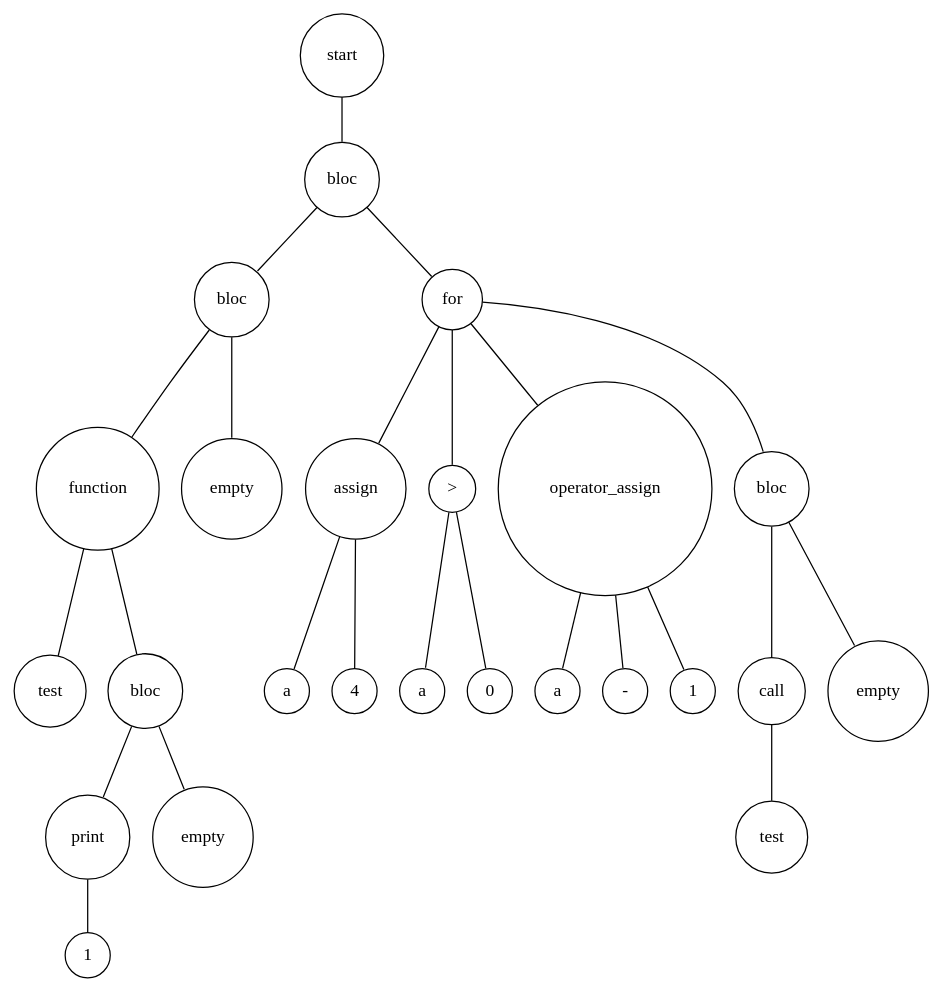
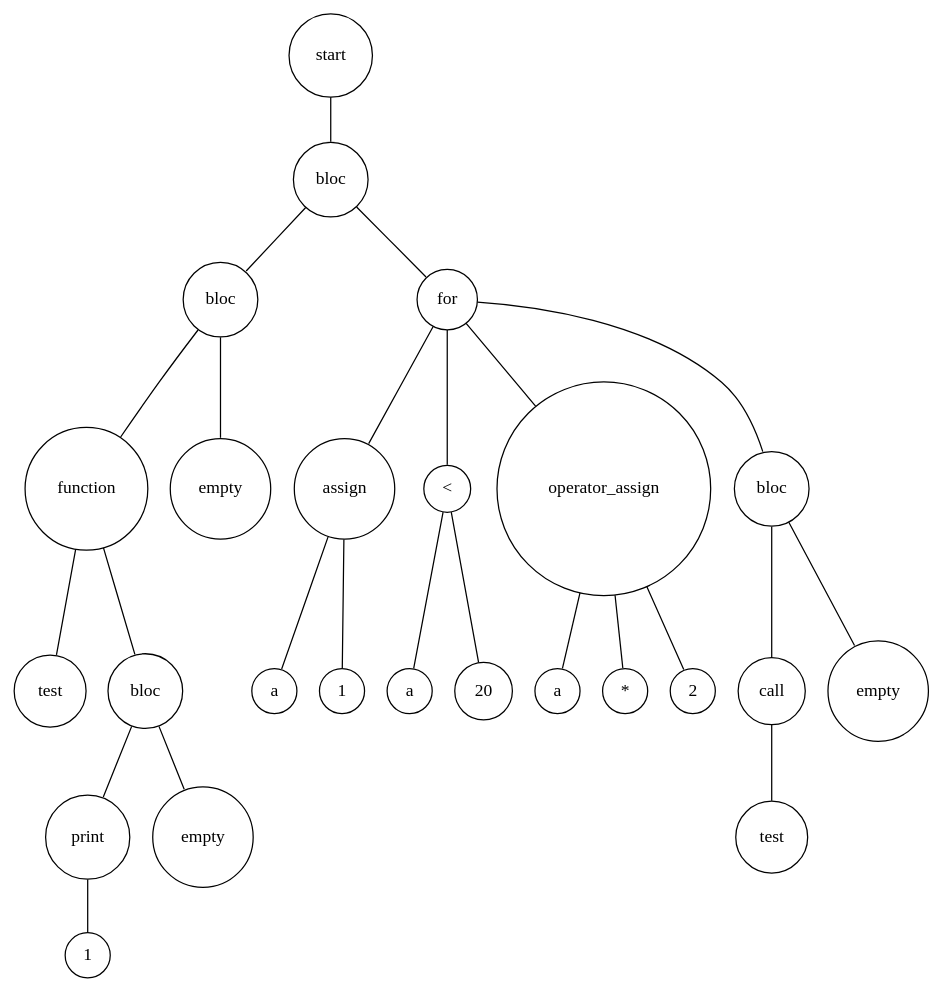
Before and after one commit to louisdrf/pyterpreter: the diagram in Digraph.gv, drawn with Graphviz. The commit also changed 2 other files, not shown here.

Commit message:
raise error when calling a non existing function

```diff
--- a/Digraph.gv
+++ b/Digraph.gv
@@ -1,52 +1,52 @@
 digraph {
 	node [shape=circle]
-	"73792dc8-b63f-423e-bf1f-11c3fc9f49cc" [label=start]
-	"2262a4ec-01c2-4c81-ad6b-e8247c3eba40" [label=bloc]
-	"034be1fc-00ea-4b0d-80f5-4ce3560e402c" [label=bloc]
-	"b562c87c-e36d-4aac-a7b6-6813b57d95ff" [label=function]
-	"c8120d4c-5f1a-43ac-8f7c-10230c0446d8" [label=test]
-	"b562c87c-e36d-4aac-a7b6-6813b57d95ff" -> "c8120d4c-5f1a-43ac-8f7c-10230c0446d8" [arrowsize=0]
-	"fb48ac23-c46b-4fe9-8ab6-febb1dc63073" [label=bloc]
-	"9b8b3ac1-5dbd-411c-a383-0cdf369588f1" [label=print]
-	"2a2f78aa-efb2-4877-a483-1df333ca1967" [label=1]
-	"9b8b3ac1-5dbd-411c-a383-0cdf369588f1" -> "2a2f78aa-efb2-4877-a483-1df333ca1967" [arrowsize=0]
-	"fb48ac23-c46b-4fe9-8ab6-febb1dc63073" -> "9b8b3ac1-5dbd-411c-a383-0cdf369588f1" [arrowsize=0]
-	"4c4f4c50-b099-44bf-9361-3bd5970e93eb" [label=empty]
-	"fb48ac23-c46b-4fe9-8ab6-febb1dc63073" -> "4c4f4c50-b099-44bf-9361-3bd5970e93eb" [arrowsize=0]
-	"b562c87c-e36d-4aac-a7b6-6813b57d95ff" -> "fb48ac23-c46b-4fe9-8ab6-febb1dc63073" [arrowsize=0]
-	"034be1fc-00ea-4b0d-80f5-4ce3560e402c" -> "b562c87c-e36d-4aac-a7b6-6813b57d95ff" [arrowsize=0]
-	"4eae31b6-7973-4f33-8105-25458a5b6d9c" [label=empty]
-	"034be1fc-00ea-4b0d-80f5-4ce3560e402c" -> "4eae31b6-7973-4f33-8105-25458a5b6d9c" [arrowsize=0]
-	"2262a4ec-01c2-4c81-ad6b-e8247c3eba40" -> "034be1fc-00ea-4b0d-80f5-4ce3560e402c" [arrowsize=0]
-	"b6a18407-5afb-4bc3-af6a-777f32befe51" [label=for]
-	"c5caa67d-89ee-4f3e-bbcb-ef2c40a92aa8" [label=assign]
-	"720365ae-4446-40b8-9baf-156647d010f8" [label=a]
-	"c5caa67d-89ee-4f3e-bbcb-ef2c40a92aa8" -> "720365ae-4446-40b8-9baf-156647d010f8" [arrowsize=0]
-	"7fc3b29e-8c80-4b33-8b8e-b32f2f1a8820" [label=4]
-	"c5caa67d-89ee-4f3e-bbcb-ef2c40a92aa8" -> "7fc3b29e-8c80-4b33-8b8e-b32f2f1a8820" [arrowsize=0]
-	"b6a18407-5afb-4bc3-af6a-777f32befe51" -> "c5caa67d-89ee-4f3e-bbcb-ef2c40a92aa8" [arrowsize=0]
-	"f0bbdc99-768f-42cb-bb89-7ac46d380ee2" [label=">"]
-	"fc02a68f-d5a3-41b0-a467-4f503ed94cd0" [label=a]
-	"f0bbdc99-768f-42cb-bb89-7ac46d380ee2" -> "fc02a68f-d5a3-41b0-a467-4f503ed94cd0" [arrowsize=0]
-	"ed86102f-6f69-4c4a-acda-bfa349d0fda2" [label=0]
-	"f0bbdc99-768f-42cb-bb89-7ac46d380ee2" -> "ed86102f-6f69-4c4a-acda-bfa349d0fda2" [arrowsize=0]
-	"b6a18407-5afb-4bc3-af6a-777f32befe51" -> "f0bbdc99-768f-42cb-bb89-7ac46d380ee2" [arrowsize=0]
-	"b9144a00-a23a-4e95-b4af-49a0da3816ac" [label=operator_assign]
-	"983f0e20-dc8d-49f8-839b-439c7852d3ef" [label=a]
-	"b9144a00-a23a-4e95-b4af-49a0da3816ac" -> "983f0e20-dc8d-49f8-839b-439c7852d3ef" [arrowsize=0]
-	"56ab214b-012b-4538-a19a-df519d011309" [label="-"]
-	"b9144a00-a23a-4e95-b4af-49a0da3816ac" -> "56ab214b-012b-4538-a19a-df519d011309" [arrowsize=0]
-	"7488b617-7da9-4819-91f7-cab3aee819c2" [label=1]
-	"b9144a00-a23a-4e95-b4af-49a0da3816ac" -> "7488b617-7da9-4819-91f7-cab3aee819c2" [arrowsize=0]
-	"b6a18407-5afb-4bc3-af6a-777f32befe51" -> "b9144a00-a23a-4e95-b4af-49a0da3816ac" [arrowsize=0]
-	"d445066a-6009-4560-9a5a-d94124b1409c" [label=bloc]
-	"cde1f264-4484-4593-b0e6-140781334127" [label=call]
-	"e84ecaec-9f47-4daf-b618-ce19118441a9" [label=test]
-	"cde1f264-4484-4593-b0e6-140781334127" -> "e84ecaec-9f47-4daf-b618-ce19118441a9" [arrowsize=0]
-	"d445066a-6009-4560-9a5a-d94124b1409c" -> "cde1f264-4484-4593-b0e6-140781334127" [arrowsize=0]
-	"e4385118-b8c8-4002-8458-9ac9927f4f72" [label=empty]
-	"d445066a-6009-4560-9a5a-d94124b1409c" -> "e4385118-b8c8-4002-8458-9ac9927f4f72" [arrowsize=0]
-	"b6a18407-5afb-4bc3-af6a-777f32befe51" -> "d445066a-6009-4560-9a5a-d94124b1409c" [arrowsize=0]
-	"2262a4ec-01c2-4c81-ad6b-e8247c3eba40" -> "b6a18407-5afb-4bc3-af6a-777f32befe51" [arrowsize=0]
-	"73792dc8-b63f-423e-bf1f-11c3fc9f49cc" -> "2262a4ec-01c2-4c81-ad6b-e8247c3eba40" [arrowsize=0]
+	"091fd1f2-1a41-4c61-ba21-bbdf53bc69fc" [label=start]
+	"8ab33fbe-684e-413a-a8c5-ae566a7b953a" [label=bloc]
+	"a625ac82-d7fe-457f-9c8b-a26d6740bd71" [label=bloc]
+	"34feb94e-0933-41b7-968b-b6073f90984a" [label=function]
+	"579b52cf-39f9-4810-a5cd-9459b326878f" [label=test]
+	"34feb94e-0933-41b7-968b-b6073f90984a" -> "579b52cf-39f9-4810-a5cd-9459b326878f" [arrowsize=0]
+	"0d23918c-f3a8-43bd-b55f-39f8f689e6fd" [label=bloc]
+	"733ab2bc-a1a2-44ca-b0a1-33847edaf84d" [label=print]
+	"8b9a8a4d-e4ae-40d4-8f51-596f51995769" [label=1]
+	"733ab2bc-a1a2-44ca-b0a1-33847edaf84d" -> "8b9a8a4d-e4ae-40d4-8f51-596f51995769" [arrowsize=0]
+	"0d23918c-f3a8-43bd-b55f-39f8f689e6fd" -> "733ab2bc-a1a2-44ca-b0a1-33847edaf84d" [arrowsize=0]
+	"c2ae4128-9746-420f-a1d4-ed3f65734851" [label=empty]
+	"0d23918c-f3a8-43bd-b55f-39f8f689e6fd" -> "c2ae4128-9746-420f-a1d4-ed3f65734851" [arrowsize=0]
+	"34feb94e-0933-41b7-968b-b6073f90984a" -> "0d23918c-f3a8-43bd-b55f-39f8f689e6fd" [arrowsize=0]
+	"a625ac82-d7fe-457f-9c8b-a26d6740bd71" -> "34feb94e-0933-41b7-968b-b6073f90984a" [arrowsize=0]
+	"6a4600ec-80a9-4110-b1f0-7cf039a3effb" [label=empty]
+	"a625ac82-d7fe-457f-9c8b-a26d6740bd71" -> "6a4600ec-80a9-4110-b1f0-7cf039a3effb" [arrowsize=0]
+	"8ab33fbe-684e-413a-a8c5-ae566a7b953a" -> "a625ac82-d7fe-457f-9c8b-a26d6740bd71" [arrowsize=0]
+	"39bc838b-e899-4f7a-bb9f-8dfa98927720" [label=for]
+	"8d570639-e70d-4124-bd16-a0722ddc982a" [label=assign]
+	"e46dccaa-b6ad-4b2a-83f1-faad5864eec1" [label=a]
+	"8d570639-e70d-4124-bd16-a0722ddc982a" -> "e46dccaa-b6ad-4b2a-83f1-faad5864eec1" [arrowsize=0]
+	"8e8c7f0f-ade3-4ea1-9070-b1bf41bbafcf" [label=1]
+	"8d570639-e70d-4124-bd16-a0722ddc982a" -> "8e8c7f0f-ade3-4ea1-9070-b1bf41bbafcf" [arrowsize=0]
+	"39bc838b-e899-4f7a-bb9f-8dfa98927720" -> "8d570639-e70d-4124-bd16-a0722ddc982a" [arrowsize=0]
+	"d14960d5-c99c-4c92-9be4-3a4f59b1da3f" [label="<"]
+	"d8f477e1-2ae0-4310-b2c2-6523bba16c28" [label=a]
+	"d14960d5-c99c-4c92-9be4-3a4f59b1da3f" -> "d8f477e1-2ae0-4310-b2c2-6523bba16c28" [arrowsize=0]
+	"29146b67-948f-46f2-9808-db164d3e1694" [label=20]
+	"d14960d5-c99c-4c92-9be4-3a4f59b1da3f" -> "29146b67-948f-46f2-9808-db164d3e1694" [arrowsize=0]
+	"39bc838b-e899-4f7a-bb9f-8dfa98927720" -> "d14960d5-c99c-4c92-9be4-3a4f59b1da3f" [arrowsize=0]
+	"fe7181e4-85e2-4e60-919c-65aa6b7bb1a2" [label=operator_assign]
+	"515f7a45-e1a3-4ce7-b5e9-ef62ceab5794" [label=a]
+	"fe7181e4-85e2-4e60-919c-65aa6b7bb1a2" -> "515f7a45-e1a3-4ce7-b5e9-ef62ceab5794" [arrowsize=0]
+	"22babe5c-7b16-462e-ad24-ebadfcd6f396" [label="*"]
+	"fe7181e4-85e2-4e60-919c-65aa6b7bb1a2" -> "22babe5c-7b16-462e-ad24-ebadfcd6f396" [arrowsize=0]
+	"bd85bb08-b7fc-4ae5-99da-7d8adf541f81" [label=2]
+	"fe7181e4-85e2-4e60-919c-65aa6b7bb1a2" -> "bd85bb08-b7fc-4ae5-99da-7d8adf541f81" [arrowsize=0]
+	"39bc838b-e899-4f7a-bb9f-8dfa98927720" -> "fe7181e4-85e2-4e60-919c-65aa6b7bb1a2" [arrowsize=0]
+	"b2a1a9d6-9397-48ec-afad-9c4ab6c9d5fc" [label=bloc]
+	"a99ff231-ab4e-48eb-a5e1-c2c22d4f1d61" [label=call]
+	"f0607314-eafe-44a0-9e4a-8c2c3e4a1d98" [label=test]
+	"a99ff231-ab4e-48eb-a5e1-c2c22d4f1d61" -> "f0607314-eafe-44a0-9e4a-8c2c3e4a1d98" [arrowsize=0]
+	"b2a1a9d6-9397-48ec-afad-9c4ab6c9d5fc" -> "a99ff231-ab4e-48eb-a5e1-c2c22d4f1d61" [arrowsize=0]
+	"31dfdedd-a40c-43d3-9d04-721d3b67f97c" [label=empty]
+	"b2a1a9d6-9397-48ec-afad-9c4ab6c9d5fc" -> "31dfdedd-a40c-43d3-9d04-721d3b67f97c" [arrowsize=0]
+	"39bc838b-e899-4f7a-bb9f-8dfa98927720" -> "b2a1a9d6-9397-48ec-afad-9c4ab6c9d5fc" [arrowsize=0]
+	"8ab33fbe-684e-413a-a8c5-ae566a7b953a" -> "39bc838b-e899-4f7a-bb9f-8dfa98927720" [arrowsize=0]
+	"091fd1f2-1a41-4c61-ba21-bbdf53bc69fc" -> "8ab33fbe-684e-413a-a8c5-ae566a7b953a" [arrowsize=0]
 }
```
